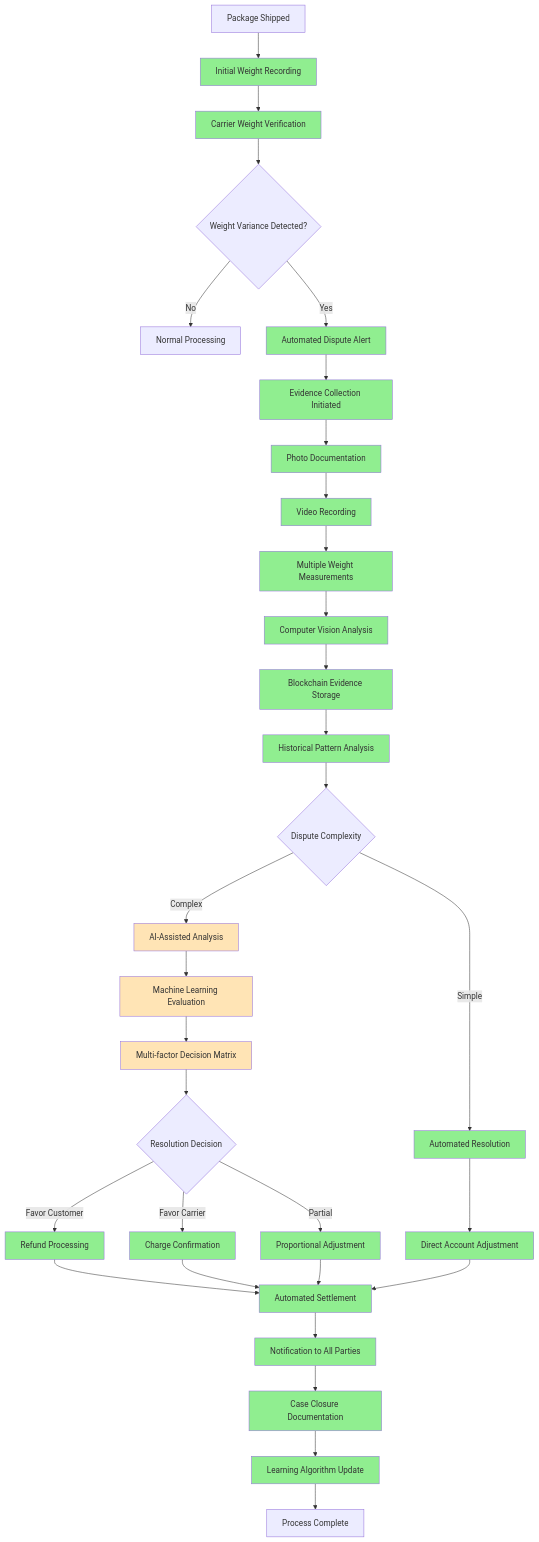
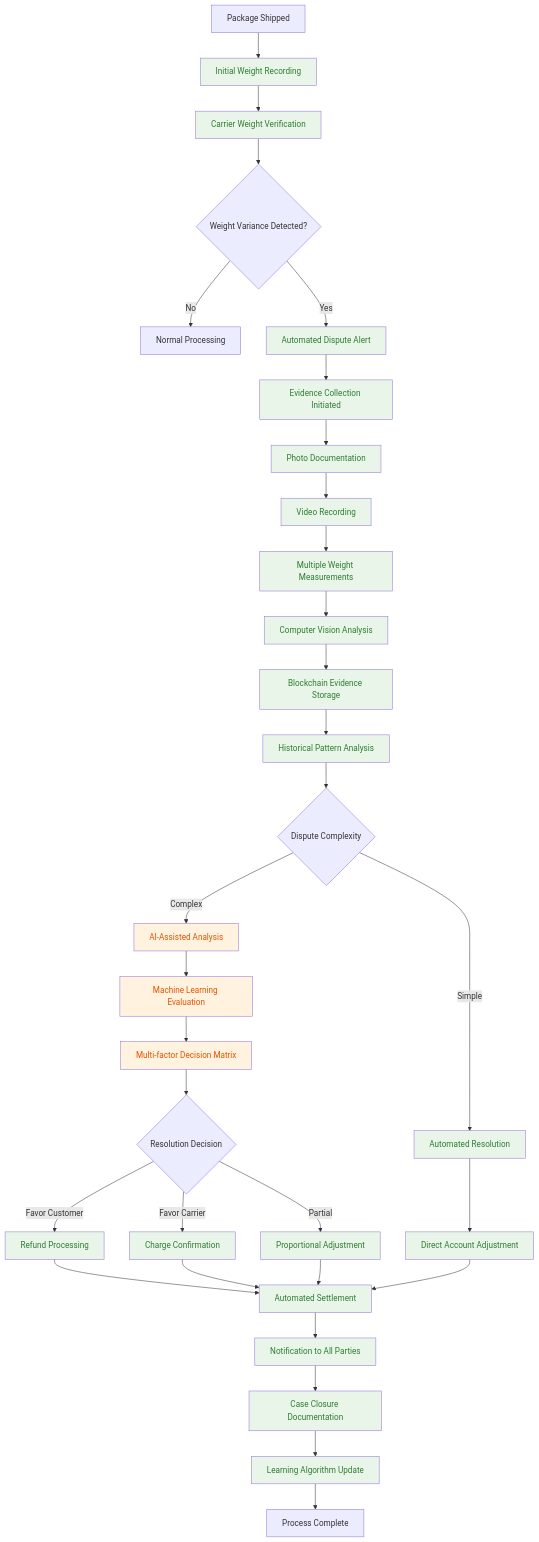
Before and after one commit to sandeepkumar0801/Digihub: diagram 18 of 44 in README.md, drawn with Mermaid. The commit also changed other lines of this file, not shown here.

Commit message:
fix color in diagrams

````diff
--- a/README.md
+++ b/README.md
@@ -3315,65 +3315,65 @@
 ```mermaid
 graph TD
     A[Package Shipped] --> B[Initial Weight Recording]
     B --> C[Carrier Weight Verification]
     C --> D{Weight Variance Detected?}
 
     D -->|No| E[Normal Processing]
     D -->|Yes| F[Automated Dispute Alert]
 
     F --> G[Evidence Collection Initiated]
     G --> H[Photo Documentation]
     H --> I[Video Recording]
     I --> J[Multiple Weight Measurements]
 
     J --> K[Computer Vision Analysis]
     K --> L[Blockchain Evidence Storage]
     L --> M[Historical Pattern Analysis]
 
     M --> N{Dispute Complexity}
     N -->|Simple| O[Automated Resolution]
     N -->|Complex| P[AI-Assisted Analysis]
 
     O --> Q[Direct Account Adjustment]
     P --> R[Machine Learning Evaluation]
     R --> S[Multi-factor Decision Matrix]
     S --> T{Resolution Decision}
 
     T -->|Favor Customer| U[Refund Processing]
     T -->|Favor Carrier| V[Charge Confirmation]
     T -->|Partial| W[Proportional Adjustment]
 
     U --> X[Automated Settlement]
     V --> X
     W --> X
     Q --> X
 
     X --> Y[Notification to All Parties]
     Y --> Z[Case Closure Documentation]
     Z --> AA[Learning Algorithm Update]
 
     AA --> BB[Process Complete]
 
-    style B fill:#90EE90
-    style C fill:#90EE90
-    style F fill:#90EE90
-    style G fill:#90EE90
-    style H fill:#90EE90
-    style I fill:#90EE90
-    style J fill:#90EE90
-    style K fill:#90EE90
-    style L fill:#90EE90
-    style M fill:#90EE90
-    style O fill:#90EE90
-    style Q fill:#90EE90
-    style U fill:#90EE90
-    style V fill:#90EE90
-    style W fill:#90EE90
-    style X fill:#90EE90
-    style Y fill:#90EE90
-    style Z fill:#90EE90
-    style AA fill:#90EE90
-    style P fill:#FFE4B5
-    style R fill:#FFE4B5
-    style S fill:#FFE4B5
+    style B fill:#e8f5e8,color:#2e7d32
+    style C fill:#e8f5e8,color:#2e7d32
+    style F fill:#e8f5e8,color:#2e7d32
+    style G fill:#e8f5e8,color:#2e7d32
+    style H fill:#e8f5e8,color:#2e7d32
+    style I fill:#e8f5e8,color:#2e7d32
+    style J fill:#e8f5e8,color:#2e7d32
+    style K fill:#e8f5e8,color:#2e7d32
+    style L fill:#e8f5e8,color:#2e7d32
+    style M fill:#e8f5e8,color:#2e7d32
+    style O fill:#e8f5e8,color:#2e7d32
+    style Q fill:#e8f5e8,color:#2e7d32
+    style U fill:#e8f5e8,color:#2e7d32
+    style V fill:#e8f5e8,color:#2e7d32
+    style W fill:#e8f5e8,color:#2e7d32
+    style X fill:#e8f5e8,color:#2e7d32
+    style Y fill:#e8f5e8,color:#2e7d32
+    style Z fill:#e8f5e8,color:#2e7d32
+    style AA fill:#e8f5e8,color:#2e7d32
+    style P fill:#fff3e0,color:#e65100
+    style R fill:#fff3e0,color:#e65100
+    style S fill:#fff3e0,color:#e65100
 ```
````
